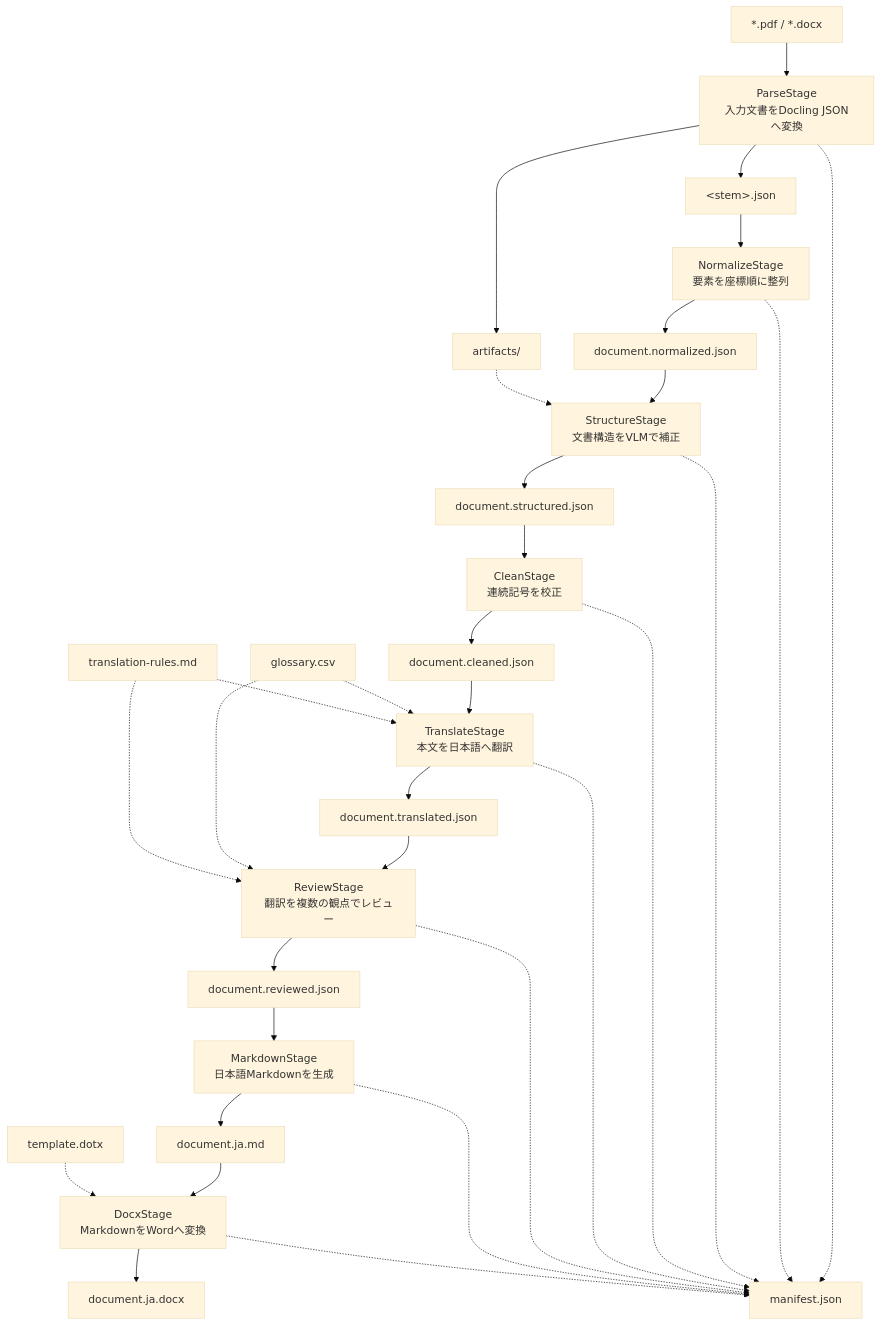
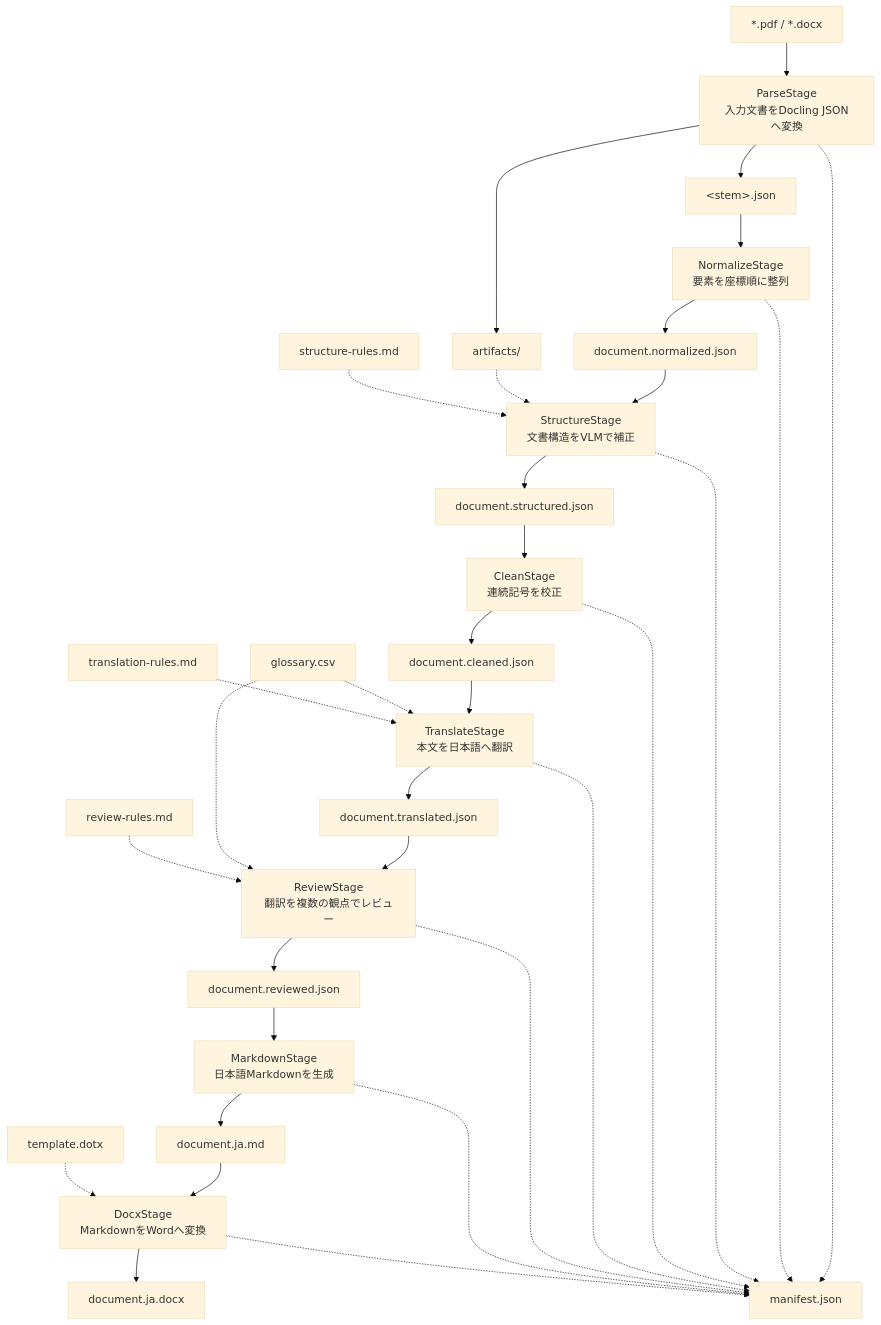
The diagram in skills/translate-ja-v2/references/spec.md (k5-mot/skills), drawn with Mermaid (base theme) before and after one commit. The commit also changed other lines of this file and 5 other files, not shown here.

````diff
--- a/skills/translate-ja-v2/references/spec.md
+++ b/skills/translate-ja-v2/references/spec.md
@@ -13,42 +13,43 @@
 ```mermaid
 flowchart TD
     SOURCE["*.pdf / *.docx"] --> PARSE["ParseStage<br/>入力文書をDocling JSONへ変換"]
     PARSE --> RAW["&lt;stem&gt;.json"]
     PARSE --> ARTIFACTS["artifacts/"]
 
     RAW --> NORMALIZE["NormalizeStage<br/>要素を座標順に整列"]
     NORMALIZE --> NORMALIZED["document.normalized.json"]
 
     NORMALIZED --> STRUCTURE["StructureStage<br/>文書構造をVLMで補正"]
     ARTIFACTS -.-> STRUCTURE
+    STRUCTURE_RULES["structure-rules.md"] -.-> STRUCTURE
     STRUCTURE --> STRUCTURED["document.structured.json"]
 
     STRUCTURED --> CLEAN["CleanStage<br/>連続記号を校正"]
     CLEAN --> CLEANED["document.cleaned.json"]
 
     CLEANED --> TRANSLATE["TranslateStage<br/>本文を日本語へ翻訳"]
     GLOSSARY["glossary.csv"] -.-> TRANSLATE
-    RULES["translation-rules.md"] -.-> TRANSLATE
+    TRANSLATION_RULES["translation-rules.md"] -.-> TRANSLATE
     TRANSLATE --> TRANSLATED["document.translated.json"]
 
     TRANSLATED --> REVIEW["ReviewStage<br/>翻訳を複数の観点でレビュー"]
     GLOSSARY -.-> REVIEW
-    RULES -.-> REVIEW
+    REVIEW_RULES["review-rules.md"] -.-> REVIEW
     REVIEW --> REVIEWED["document.reviewed.json"]
 
     REVIEWED --> MARKDOWN["MarkdownStage<br/>日本語Markdownを生成"]
     MARKDOWN --> JA_MD["document.ja.md"]
 
     JA_MD --> DOCX["DocxStage<br/>MarkdownをWordへ変換"]
     TEMPLATE["template.dotx"] -.-> DOCX
     DOCX --> JA_DOCX["document.ja.docx"]
 
     PARSE -.-> MANIFEST["manifest.json"]
     NORMALIZE -.-> MANIFEST
     STRUCTURE -.-> MANIFEST
     CLEAN -.-> MANIFEST
     TRANSLATE -.-> MANIFEST
     REVIEW -.-> MANIFEST
     MARKDOWN -.-> MANIFEST
     DOCX -.-> MANIFEST
 ```
````
